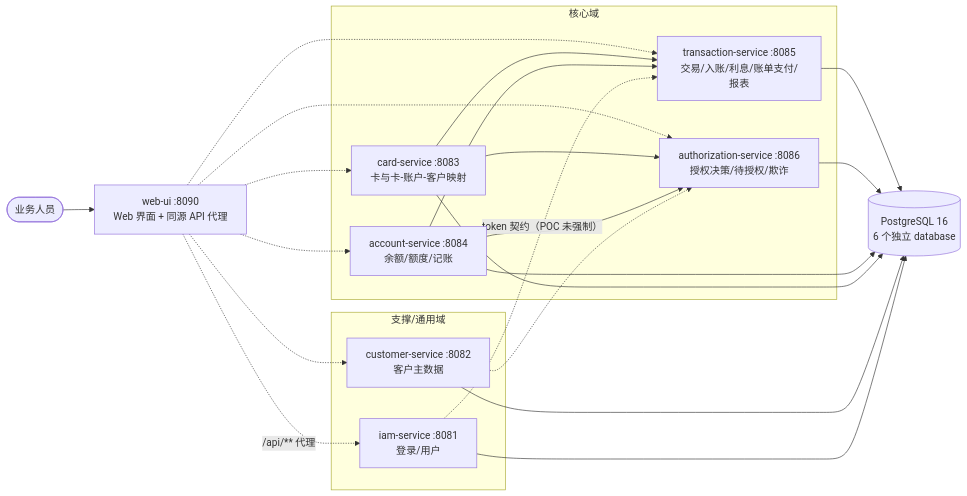
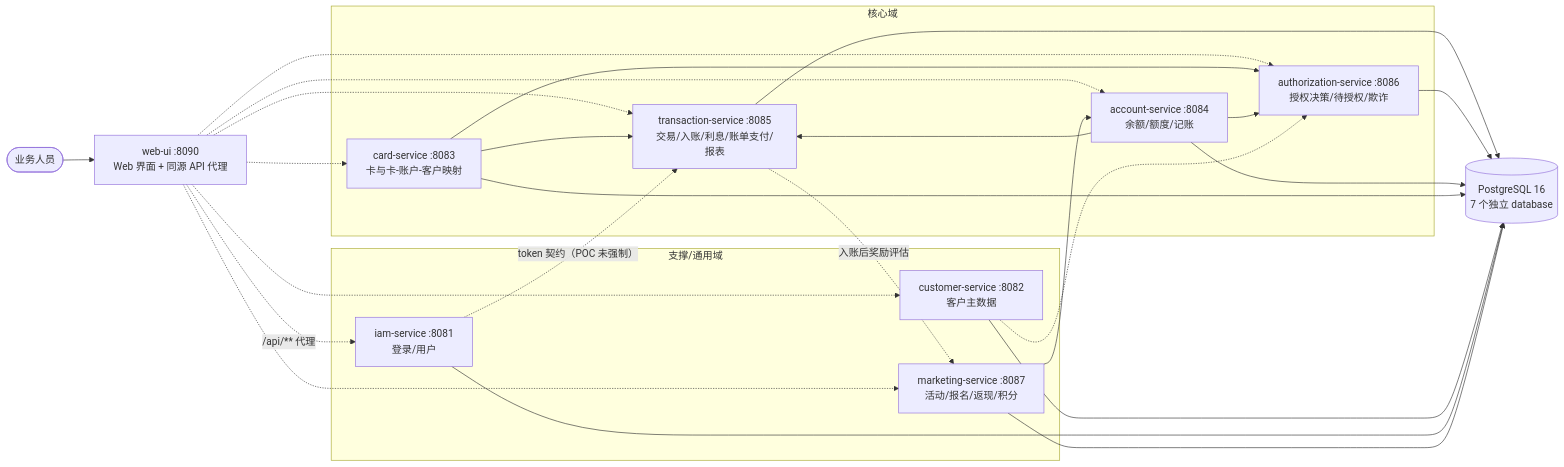
The diagram in README.md (JeffyLiu003/carddemo-java-1025), drawn with Mermaid before and after one commit. The commit also changed other lines of this file and 96 other files, not shown here.

````diff
--- a/README.md
+++ b/README.md
@@ -10,34 +10,39 @@
 ```mermaid
 graph LR
     USER([业务人员]) --> WEB[web-ui :8090<br/>Web 界面 + 同源 API 代理]
     subgraph 核心域
       TXN[transaction-service :8085<br/>交易/入账/利息/账单支付/报表]
       AUTH[authorization-service :8086<br/>授权决策/待授权/欺诈]
       ACCT[account-service :8084<br/>余额/额度/记账]
       CARD[card-service :8083<br/>卡与卡-账户-客户映射]
     end
     subgraph 支撑/通用域
       CUST[customer-service :8082<br/>客户主数据]
       IAM[iam-service :8081<br/>登录/用户]
+      MKT[marketing-service :8087<br/>活动/报名/返现/积分]
     end
-    DB[(PostgreSQL 16<br/>6 个独立 database)]
+    DB[(PostgreSQL 16<br/>7 个独立 database)]
 
     WEB -. /api/** 代理 .-> IAM
     WEB -.-> CUST
     WEB -.-> CARD
     WEB -.-> ACCT
     WEB -.-> TXN
     WEB -.-> AUTH
+    WEB -.-> MKT
     CARD --> TXN
     ACCT --> TXN
     CARD --> AUTH
     ACCT --> AUTH
     CUST -.-> AUTH
     IAM -. token 契约（POC 未强制） .-> TXN
+    TXN -. 入账后奖励评估 .-> MKT
+    MKT --> ACCT
     TXN --> DB
     AUTH --> DB
     ACCT --> DB
     CARD --> DB
     CUST --> DB
     IAM --> DB
+    MKT --> DB
 ```
````
